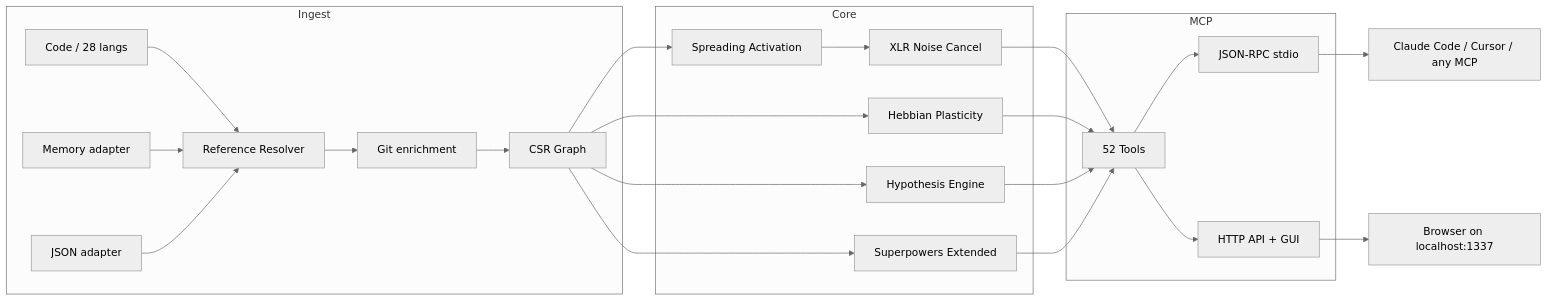
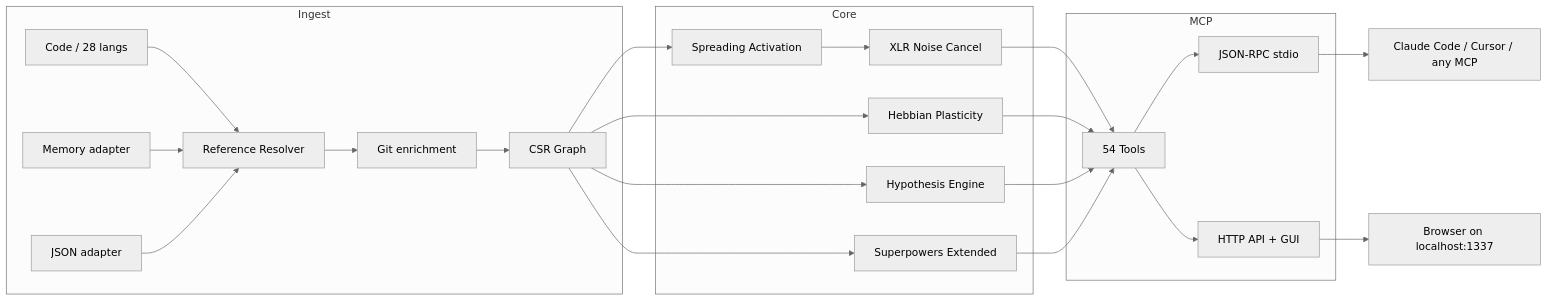
The diagram in README.md (maxkle1nz/m1nd), drawn with Mermaid (neutral theme) before and after one commit. The commit also changed other lines of this file and 13 other files, not shown here.

````diff
--- a/README.md
+++ b/README.md
@@ -285,27 +295,27 @@
 ```mermaid
 graph LR
     subgraph Ingest
         A[Code / 28 langs] --> R[Reference Resolver]
         MA[Memory adapter] --> R
         JA[JSON adapter] --> R
         R --> GD[Git enrichment]
         GD --> G[CSR Graph]
     end
     subgraph Core
         G --> SA[Spreading Activation]
         G --> HP[Hebbian Plasticity]
         G --> HY[Hypothesis Engine]
         G --> SX[Superpowers Extended]
         SA --> XLR[XLR Noise Cancel]
     end
     subgraph MCP
-        XLR --> T[52 Tools]
+        XLR --> T[54 Tools]
         HP --> T
         HY --> T
         SX --> T
         T --> IO[JSON-RPC stdio]
         T --> HTTP[HTTP API + GUI]
     end
     IO --> C[Claude Code / Cursor / any MCP]
     HTTP --> B[Browser on localhost:1337]
 ```
````
